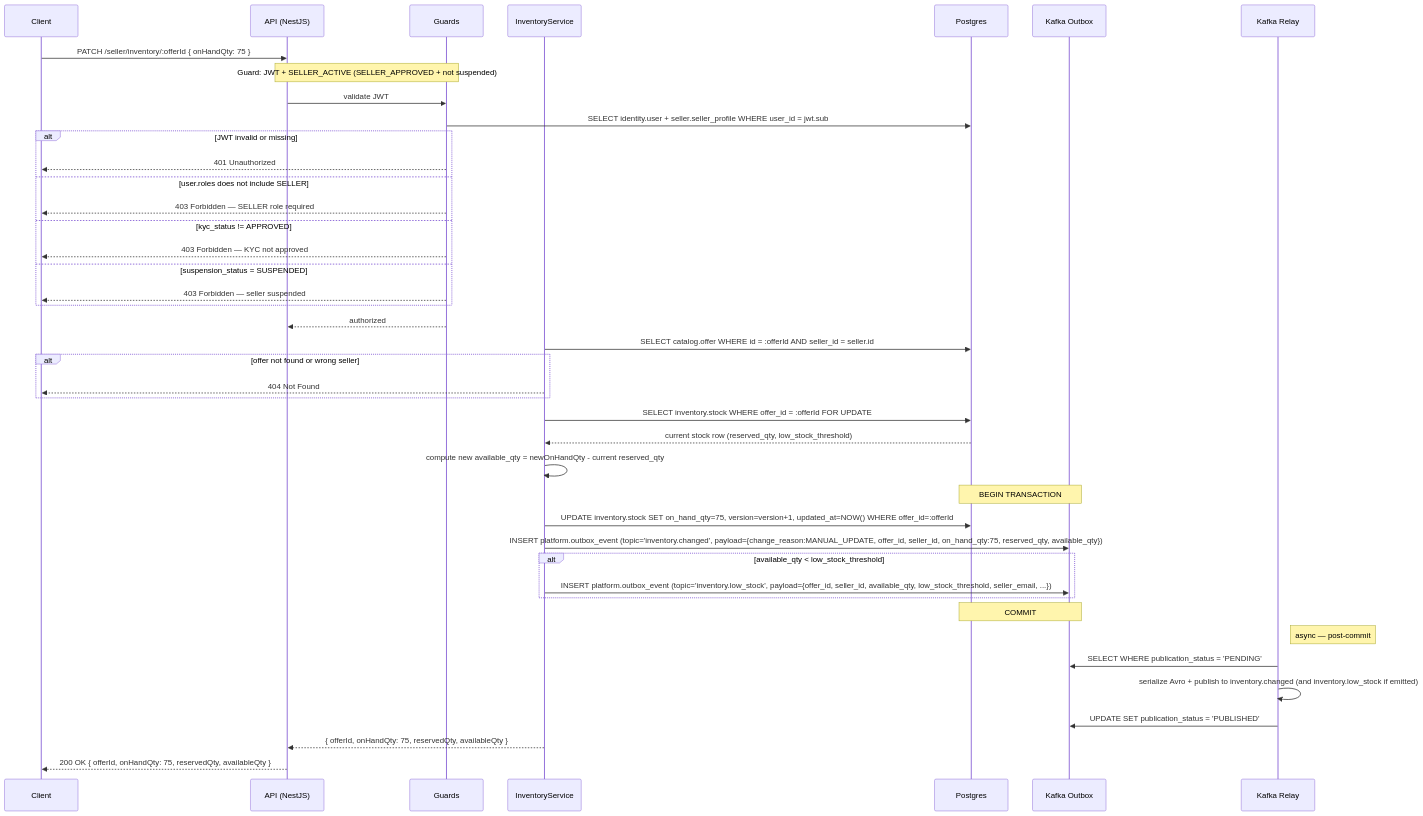
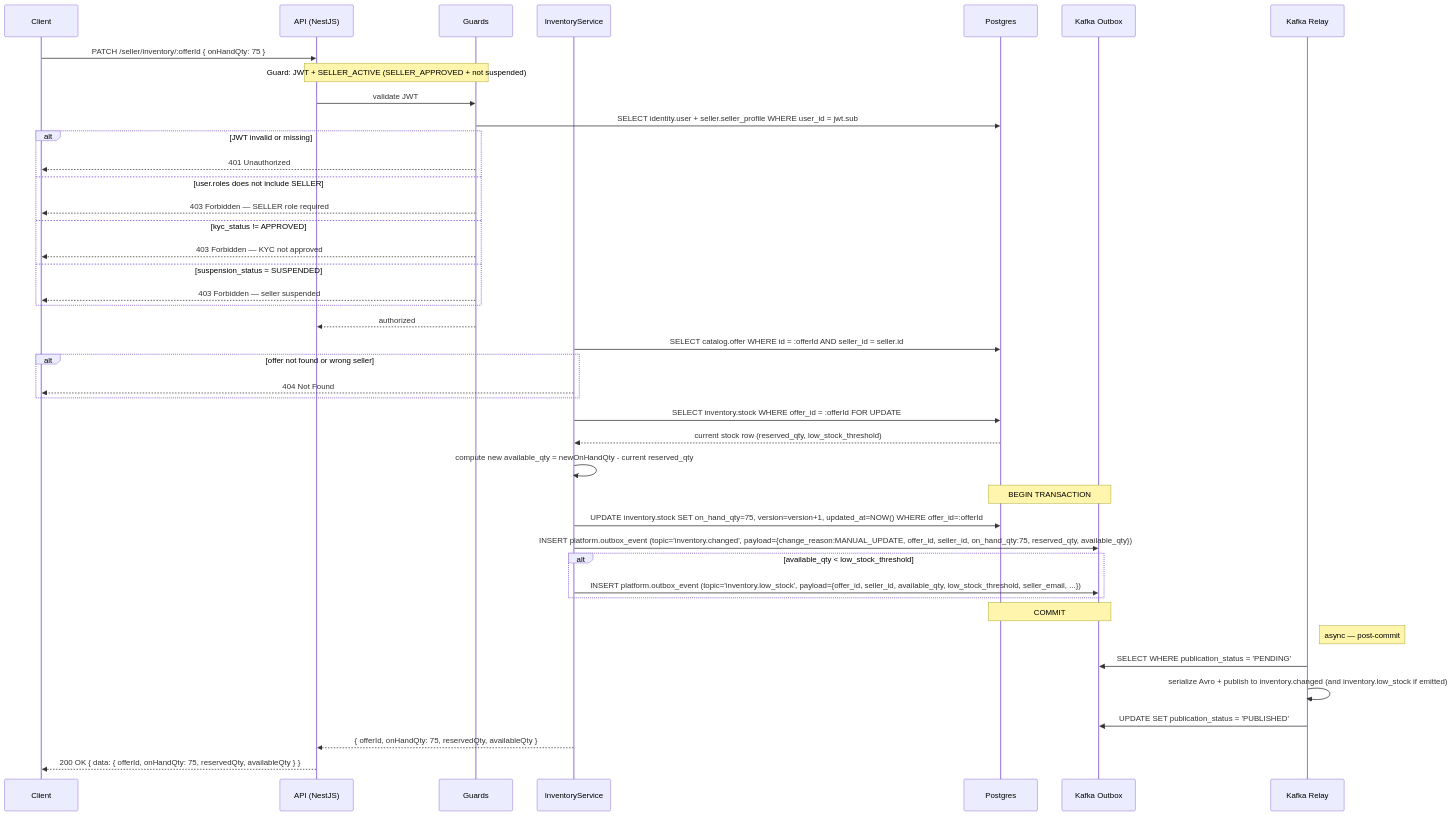
Before and after one commit to alisa-uthi/aliceut-ecom-document: diagram 11 of 21 in phase-1/technical-design/api-design/seller.md, drawn with Mermaid. The commit also changed other lines of this file and 22 other files, not shown here.

````diff
--- a/phase-1/technical-design/api-design/seller.md
+++ b/phase-1/technical-design/api-design/seller.md
@@ -758,49 +766,49 @@
 ```mermaid
 sequenceDiagram
     participant C as Client
     participant A as API (NestJS)
     participant G as Guards
     participant IS as InventoryService
     participant P as Postgres
     participant KO as Kafka Outbox
     participant KR as Kafka Relay
 
     C->>A: PATCH /seller/inventory/:offerId { onHandQty: 75 }
     Note over A,G: Guard: JWT + SELLER_ACTIVE (SELLER_APPROVED + not suspended)
     A->>G: validate JWT
     G->>P: SELECT identity.user + seller.seller_profile WHERE user_id = jwt.sub
     alt JWT invalid or missing
         G-->>C: 401 Unauthorized
     else user.roles does not include SELLER
         G-->>C: 403 Forbidden — SELLER role required
     else kyc_status != APPROVED
         G-->>C: 403 Forbidden — KYC not approved
     else suspension_status = SUSPENDED
         G-->>C: 403 Forbidden — seller suspended
     end
     G-->>A: authorized
 
     IS->>P: SELECT catalog.offer WHERE id = :offerId AND seller_id = seller.id
     alt offer not found or wrong seller
         IS-->>C: 404 Not Found
     end
     IS->>P: SELECT inventory.stock WHERE offer_id = :offerId FOR UPDATE
     P-->>IS: current stock row (reserved_qty, low_stock_threshold)
     IS->>IS: compute new available_qty = newOnHandQty - current reserved_qty
 
     Note over P,KO: BEGIN TRANSACTION
     IS->>P: UPDATE inventory.stock SET on_hand_qty=75, version=version+1, updated_at=NOW() WHERE offer_id=:offerId
     IS->>KO: INSERT platform.outbox_event (topic='inventory.changed', payload={change_reason:MANUAL_UPDATE, offer_id, seller_id, on_hand_qty:75, reserved_qty, available_qty})
     alt available_qty < low_stock_threshold
         IS->>KO: INSERT platform.outbox_event (topic='inventory.low_stock', payload={offer_id, seller_id, available_qty, low_stock_threshold, seller_email, ...})
     end
     Note over P,KO: COMMIT
 
     Note right of KR: async — post-commit
     KR->>KO: SELECT WHERE publication_status = 'PENDING'
     KR->>KR: serialize Avro + publish to inventory.changed (and inventory.low_stock if emitted)
     KR->>KO: UPDATE SET publication_status = 'PUBLISHED'
 
     IS-->>A: { offerId, onHandQty: 75, reservedQty, availableQty }
-    A-->>C: 200 OK { offerId, onHandQty: 75, reservedQty, availableQty }
+    A-->>C: 200 OK { data: { offerId, onHandQty: 75, reservedQty, availableQty } }
 ```
````
